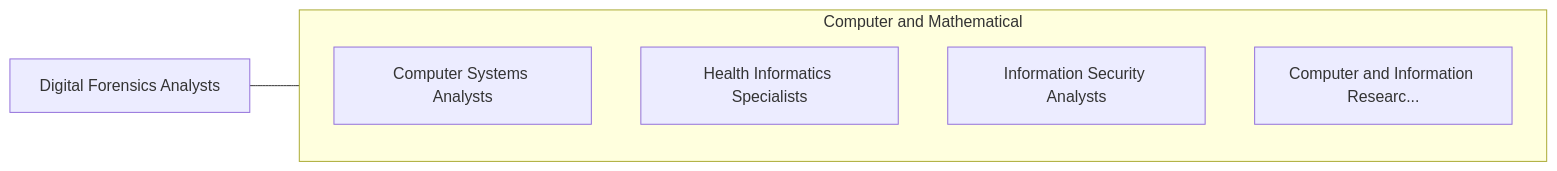
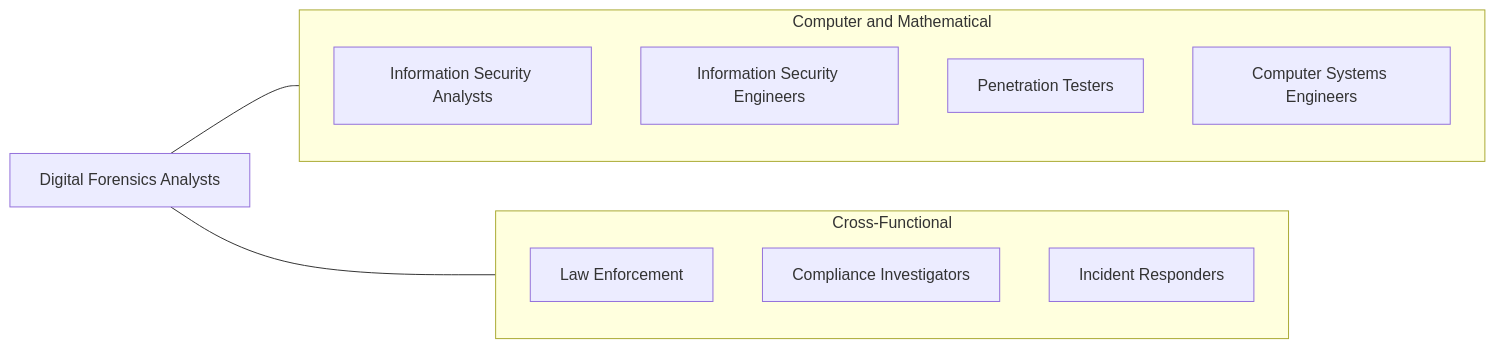
The third of 4 diagrams in occupations/Technology/DigitalForensicsAnalysts.mdx (kziemski/business.org.ai), drawn with Mermaid before and after one commit. The commit also changed other lines of this file and 938 other files, not shown here.

````diff
--- a/occupations/Technology/DigitalForensicsAnalysts.mdx
+++ b/occupations/Technology/DigitalForensicsAnalysts.mdx
@@ -107,13 +194,20 @@
 ```mermaid
 graph LR
     Current["Digital Forensics Analysts"]
 
     subgraph SameCategory["Computer and Mathematical"]
-        ComputerSystemsAnaly["Computer Systems Analysts"]
-        HealthInformaticsSpe["Health Informatics Specialists"]
-        InformationSecurityA["Information Security Analysts"]
-        ComputerAndInformati["Computer and Information Researc..."]
+        ISA["Information Security Analysts"]
+        ISE["Information Security Engineers"]
+        PT["Penetration Testers"]
+        CSE["Computer Systems Engineers"]
+    end
+
+    subgraph CrossFunctional["Cross-Functional"]
+        LE["Law Enforcement"]
+        CI["Compliance Investigators"]
+        IR["Incident Responders"]
     end
 
     Current --- SameCategory
+    Current --- CrossFunctional
 ```
````
